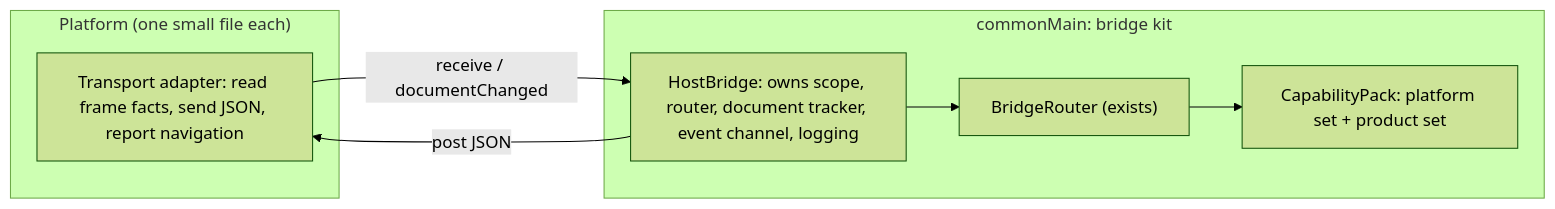
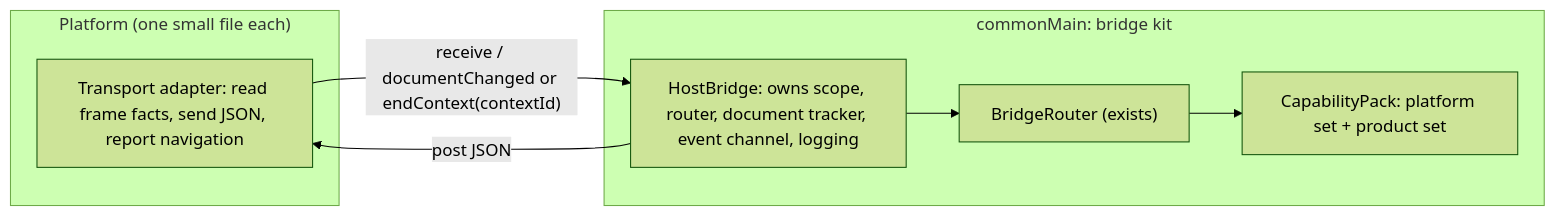
The diagram in .10x/specs/2026-10-14-bridge-kit-design.md (Timwestberg/gamero), drawn with Mermaid (forest theme) before and after one commit. The commit also changed other lines of this file and 1 other file, not shown here.

First line of the commit message:
Name endContext(contextId) wherever HostBridge's document signal is described

````diff
--- a/.10x/specs/2026-10-14-bridge-kit-design.md
+++ b/.10x/specs/2026-10-14-bridge-kit-design.md
@@ -71,13 +71,13 @@
 ```mermaid
 flowchart LR
   subgraph Platform["Platform (one small file each)"]
     T["Transport adapter: read frame facts, send JSON, report navigation"]
   end
   subgraph Kit["commonMain: bridge kit"]
     S["HostBridge: owns scope, router, document tracker, event channel, logging"]
     R["BridgeRouter (exists)"]
     P["CapabilityPack: platform set + product set"]
   end
-  T -->|receive / documentChanged| S --> R --> P
+  T -->|"receive / documentChanged or endContext(contextId)"| S --> R --> P
   S -->|post JSON| T
 ```
````
